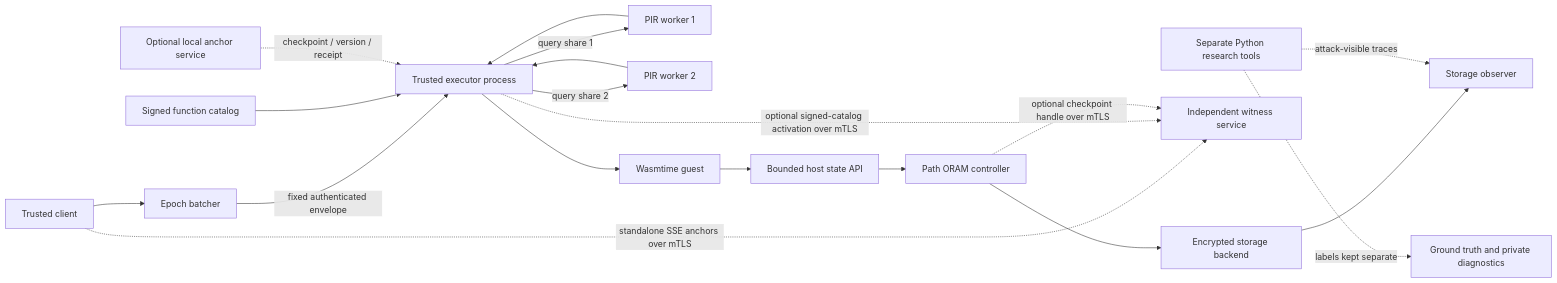
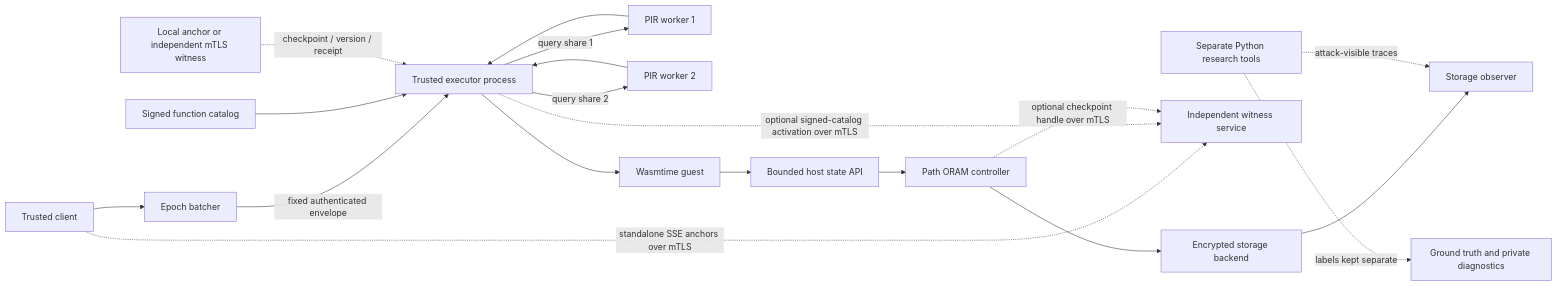
Before and after one commit to dumbly-smart/Oblivion: the diagram in ARCHITECTURE.md, drawn with Mermaid. The commit also changed other lines of this file and 13 other files, not shown here.

````diff
--- a/ARCHITECTURE.md
+++ b/ARCHITECTURE.md
@@ -7,21 +7,21 @@
 ```mermaid
 flowchart LR
   C[Trusted client] --> B[Epoch batcher]
   B -->|fixed authenticated envelope| X[Trusted executor process]
   X -->|query share 1| P1[PIR worker 1]
   X -->|query share 2| P2[PIR worker 2]
   P1 --> X
   P2 --> X
   X --> W[Wasmtime guest]
   W --> H[Bounded host state API]
   H --> O[Path ORAM controller]
   O --> S[Encrypted storage backend]
   S --> V[Storage observer]
   R[Signed function catalog] --> X
-  A[Optional local anchor service] -. checkpoint / version / receipt .-> X
+  A[Local anchor or independent mTLS witness] -. checkpoint / version / receipt .-> X
   C -. standalone SSE anchors over mTLS .-> WIT[Independent witness service]
   X -. optional signed-catalog activation over mTLS .-> WIT
   O -. optional checkpoint handle over mTLS .-> WIT
   Q[Separate Python research tools] -. attack-visible traces .-> V
   Q -. labels kept separate .-> T[Ground truth and private diagnostics]
 ```
````
